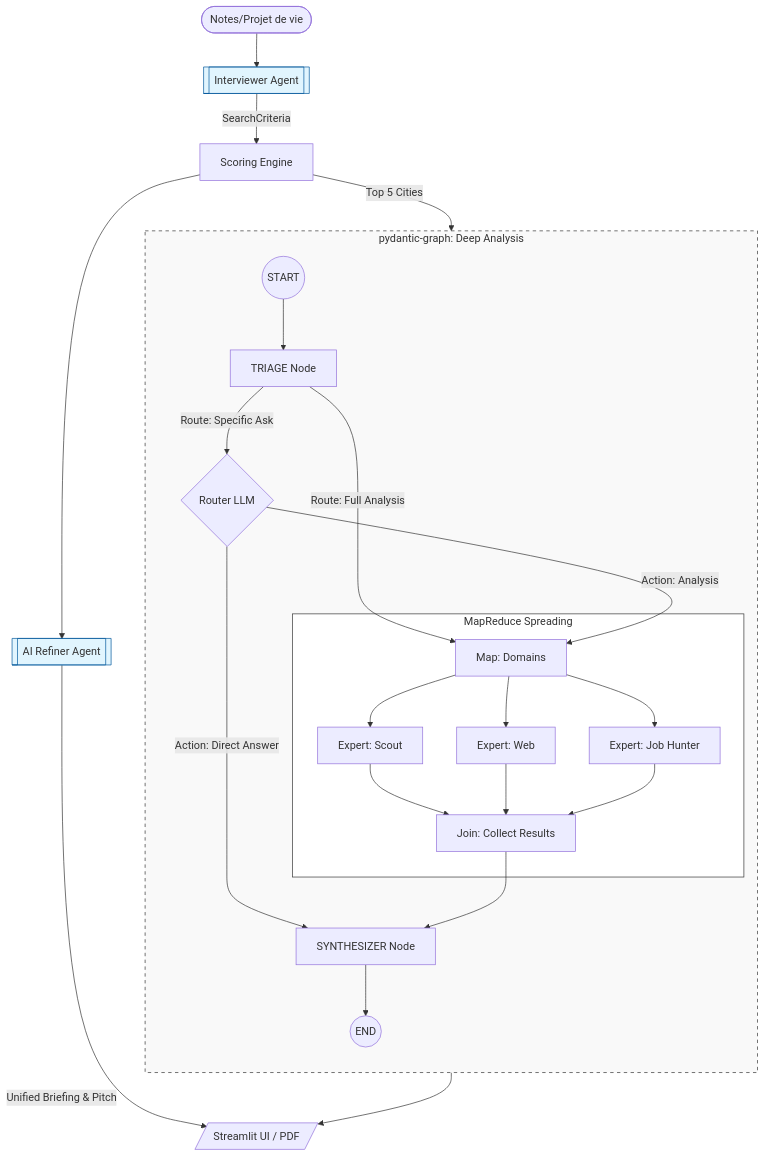
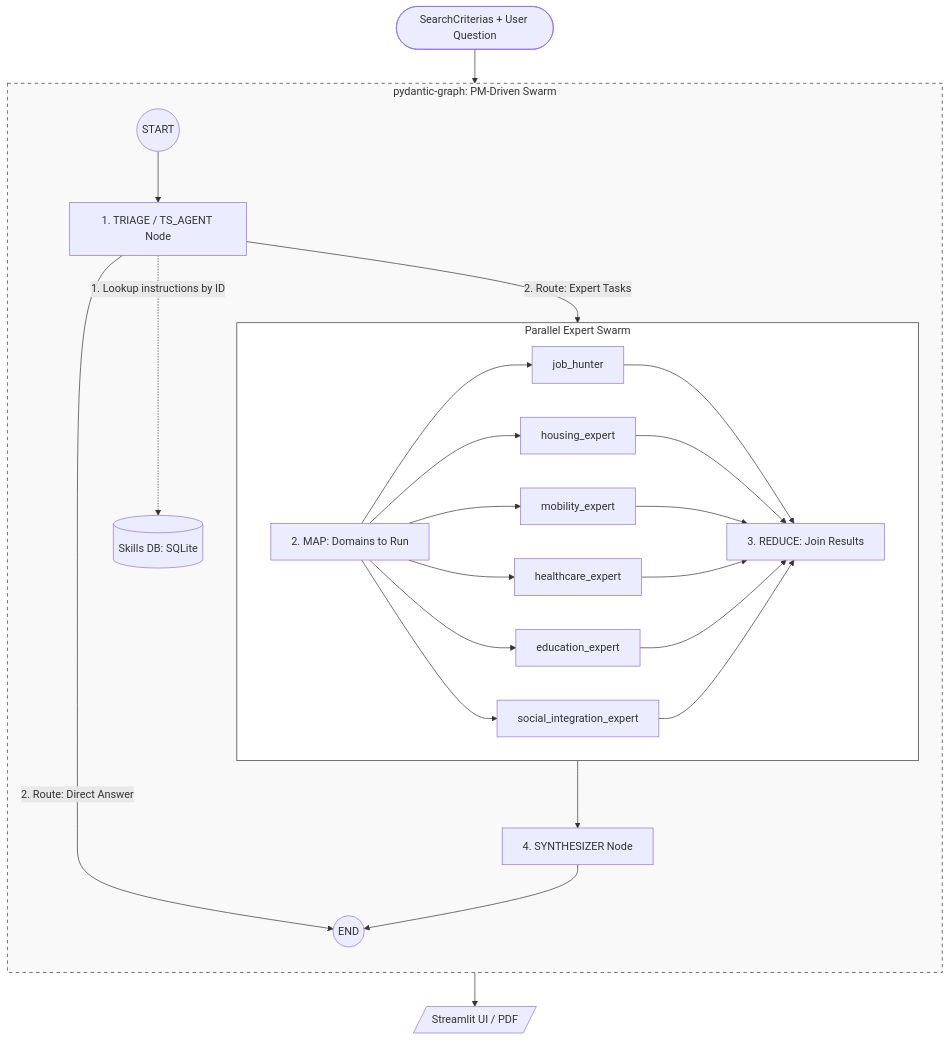
Before and after one commit to jbesan/13_odis_stream2: the diagram in app/agents/GRAPH_ARCHITECTURE.md, drawn with Mermaid. The commit also changed other lines of this file and 28 other files, not shown here.

Commit message:
refactor: consolidate agent architecture by replacing specialized agents with domain-specific experts and implementing a centralized knowledge store service.

````diff
--- a/app/agents/GRAPH_ARCHITECTURE.md
+++ b/app/agents/GRAPH_ARCHITECTURE.md
@@ -9,35 +9,34 @@
 ```mermaid
 graph TD
-    Input([Notes/Projet de vie]) --> Interviewer[[Interviewer Agent]]
-    Interviewer -->|SearchCriteria| Engine[Scoring Engine]
-    Engine -->|Top 5 Cities| Graph
+    Input([SearchCriterias + User Question]) --> Graph
     
-    subgraph Graph [pydantic-graph: Deep Analysis]
+    subgraph Graph [pydantic-graph: PM-Driven Swarm]
         direction TB
-        GStart((START)) --> Triage[TRIAGE Node]
-        Triage -->|Route: Specific Ask| Router{Router LLM}
-        Triage -->|Route: Full Analysis| Map[Map: Domains]
+        GStart((START)) --> Triage[1. TRIAGE / TS_AGENT Node]
         
-        Router -->|Action: Analysis| Map
-        Router -->|Action: Direct Answer| Synth[SYNTHESIZER Node]
+        %% PM Planning / Routing
+        Triage -.->|1. Lookup instructions by ID| Db[(Skills DB: SQLite)]
+        Triage -->|2. Route: Direct Answer| GEnd((END))
+        Triage -->|2. Route: Expert Tasks| Map[2. MAP: Domains to Run]
         
-        subgraph Parallel [MapReduce Spreading]
-            Map --> S[Expert: Scout]
-            Map --> W[Expert: Web]
-            Map --> J[Expert: Job Hunter]
-            S & W & J --> Join[Join: Collect Results]
+        subgraph ParallelSwarm [Parallel Expert Swarm]
+            direction LR
+            Map --> JH[job_hunter]
+            Map --> HE[housing_expert]
+            Map --> ME[mobility_expert]
+            Map --> HC[healthcare_expert]
+            Map --> EE[education_expert]
+            Map --> SI[social_integration_expert]
+            
+            JH & HE & ME & HC & EE & SI --> Join[3. REDUCE: Join Results]
         end
         
-        Join --> Synth
-        Synth --> GEnd((END))
+        Join --> Synth[4. SYNTHESIZER Node]
+        Synth --> GEnd
     end
     
-    Engine --> Refiner[[AI Refiner Agent]]
     GEnd --> UI[/Streamlit UI / PDF/]
-    Refiner -->|Unified Briefing & Pitch| UI
     
     style Graph fill:#f9f9f9,stroke:#333,stroke-dasharray: 5 5
-    style Interviewer fill:#e1f5fe,stroke:#01579b
-    style Refiner fill:#e1f5fe,stroke:#01579b
-    style Parallel fill:#fff,stroke:#333
+    style ParallelSwarm fill:#fff,stroke:#333
 ```
````
